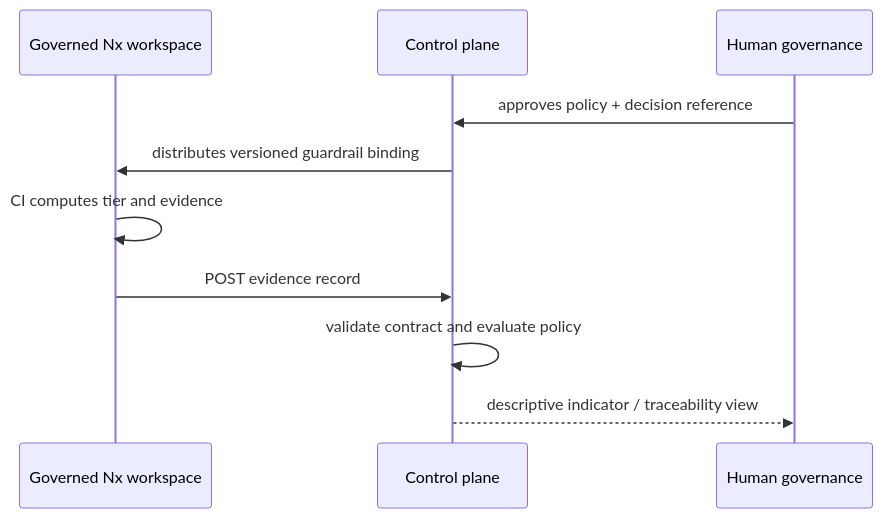
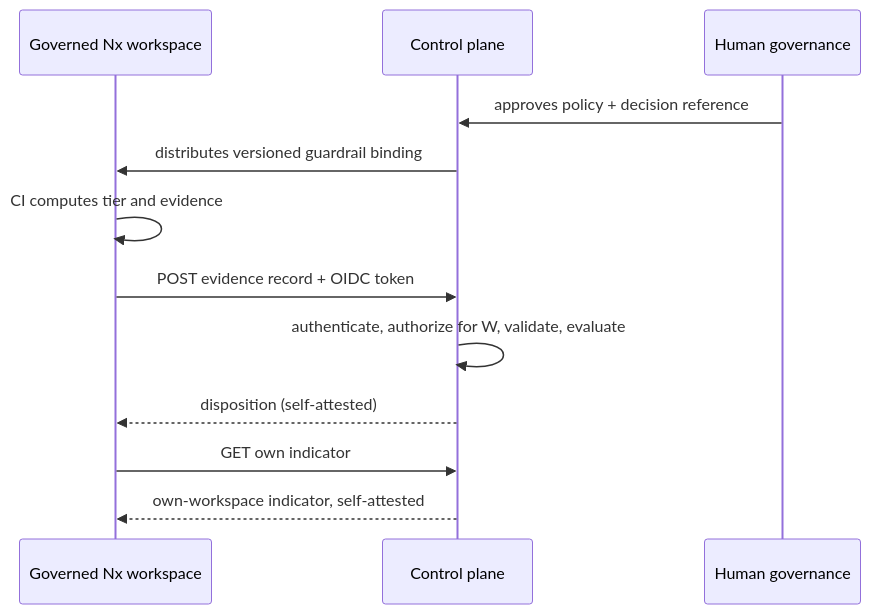
One commit to codeaiforge/sdlc-control-plane changed the diagram in docs/contracts.md. Above: the diagram before and after it, drawn with Mermaid. The commit also changed other lines of this file, not shown here.

Commit message:
docs(contracts): drop human indicator view
- Lifecycle diagram: token in, own-workspace reads only
- Records the closed workload_identity NFR-1.1 exception

AI-Assisted: true
AI-Tool: claude-code

````diff
--- a/docs/contracts.md
+++ b/docs/contracts.md
@@ -31,12 +33,14 @@
 ```mermaid
 sequenceDiagram
   participant WS as Governed Nx workspace
   participant CP as Control plane
   participant H as Human governance
   H->>CP: approves policy + decision reference
   CP->>WS: distributes versioned guardrail binding
   WS->>WS: CI computes tier and evidence
-  WS->>CP: POST evidence record
-  CP->>CP: validate contract and evaluate policy
-  CP-->>H: descriptive indicator / traceability view
+  WS->>CP: POST evidence record + OIDC token
+  CP->>CP: authenticate, authorize for W, validate, evaluate
+  CP-->>WS: disposition (self-attested)
+  WS->>CP: GET own indicator
+  CP-->>WS: own-workspace indicator, self-attested
 ```
````
